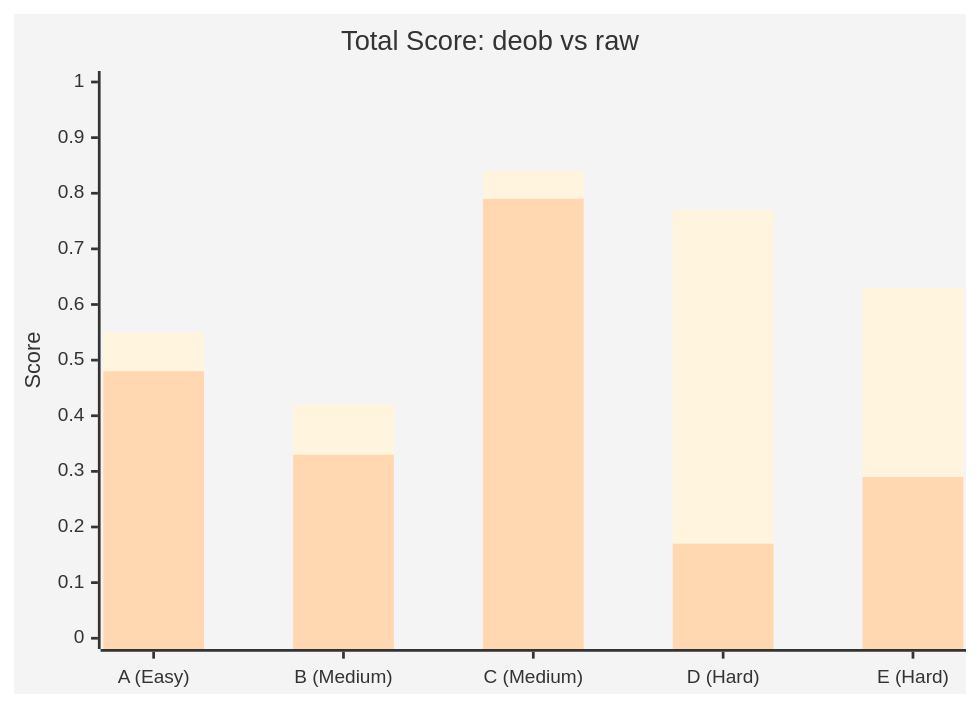
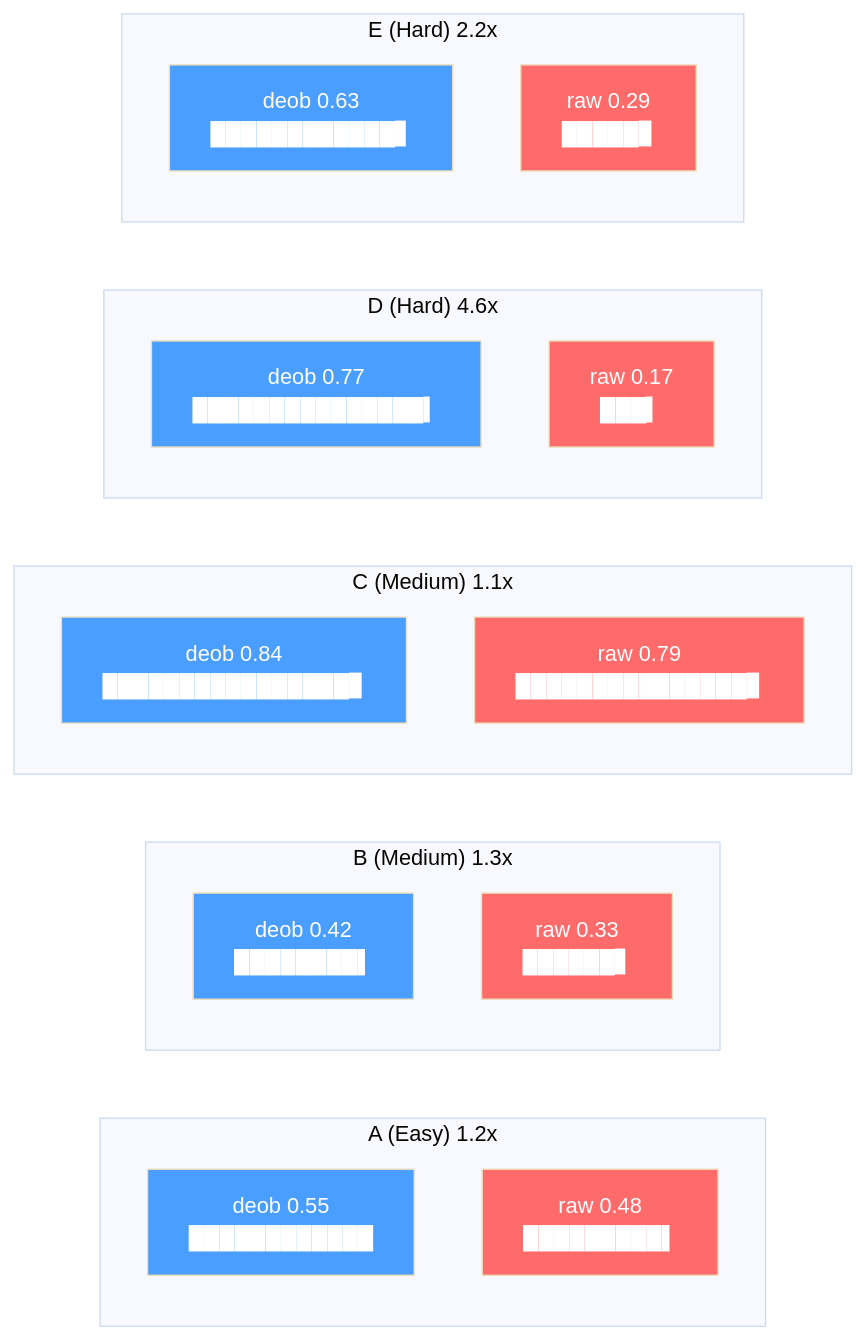
The first of 4 diagrams in benchmark/experiments/2026-07-17-v1/report.md (dolphinwesting248/deob), drawn with Mermaid before and after one commit. The commit also changed other lines of this file, not shown here.

Commit message:
fix: replace xychart-beta with compatible graph/subgraph Mermaid charts

````diff
--- a/benchmark/experiments/2026-07-17-v1/report.md
+++ b/benchmark/experiments/2026-07-17-v1/report.md
@@ -24,9 +24,26 @@
 ```mermaid
-%%{init: {'theme': 'base', 'themeVariables': {'fontSize': '14px'}}}%%
-xychart-beta
-    title "Total Score: deob vs raw"
-    x-axis ["A (Easy)", "B (Medium)", "C (Medium)", "D (Hard)", "E (Hard)"]
-    y-axis "Score" 0 --> 1
-    bar [0.55, 0.42, 0.84, 0.77, 0.63]
-    bar [0.48, 0.33, 0.79, 0.17, 0.29]
+%%{init: {'theme': 'base'}}%%
+graph LR
+    subgraph A["A (Easy) 1.2x"]
+        Ad["deob 0.55<br/>████████████"]:::deob
+        Ar["raw 0.48<br/>█████████▌"]:::raw
+    end
+    subgraph B["B (Medium) 1.3x"]
+        Bd["deob 0.42<br/>████████▌"]:::deob
+        Br["raw 0.33<br/>██████▋"]:::raw
+    end
+    subgraph C["C (Medium) 1.1x"]
+        Cd["deob 0.84<br/>████████████████▊"]:::deob
+        Cr["raw 0.79<br/>███████████████▊"]:::raw
+    end
+    subgraph D["D (Hard) 4.6x"]
+        Dd["deob 0.77<br/>███████████████▍"]:::deob
+        Dr["raw 0.17<br/>███▍"]:::raw
+    end
+    subgraph E["E (Hard) 2.2x"]
+        Ed["deob 0.63<br/>████████████▋"]:::deob
+        Er["raw 0.29<br/>█████▊"]:::raw
+    end
+    classDef deob fill:#4a9eff,color:white
+    classDef raw fill:#ff6b6b,color:white
 ```
````
